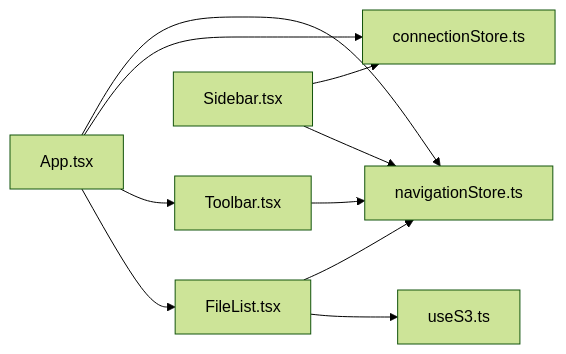
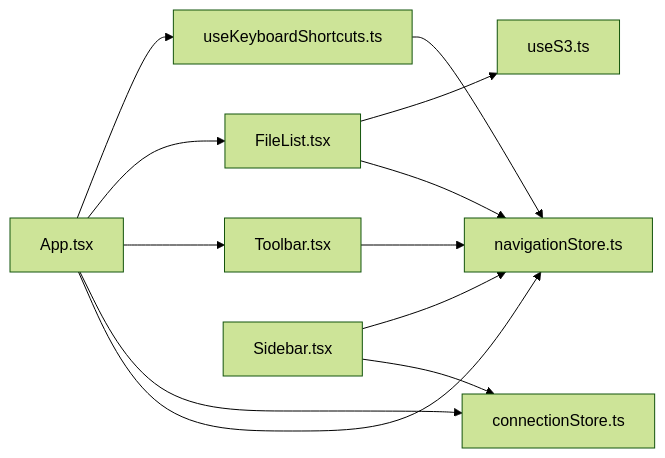
One commit to nasrulhadi/s3-explorer changed the tenth of 15 diagrams in .qoder/repowiki/en/content/Core Features/File Browser Interface.md. Above: the diagram before and after it, drawn with Mermaid (forest theme). The commit also changed other lines of this file and 44 other files, not shown here.

````diff
--- a/.qoder/repowiki/en/content/Core Features/File Browser Interface.md
+++ b/.qoder/repowiki/en/content/Core Features/File Browser Interface.md
@@ -376,12 +441,14 @@
 ```mermaid
 graph LR
 App["App.tsx"] --> NS["navigationStore.ts"]
 App --> CS["connectionStore.ts"]
 App --> Toolbar["Toolbar.tsx"]
 App --> FileList["FileList.tsx"]
+App --> KeyboardShortcuts["useKeyboardShortcuts.ts"]
 Toolbar --> NS
 FileList --> NS
 FileList --> US3["useS3.ts"]
 Sidebar["Sidebar.tsx"] --> CS
 Sidebar --> NS
+KeyboardShortcuts --> NS
 ```
````
